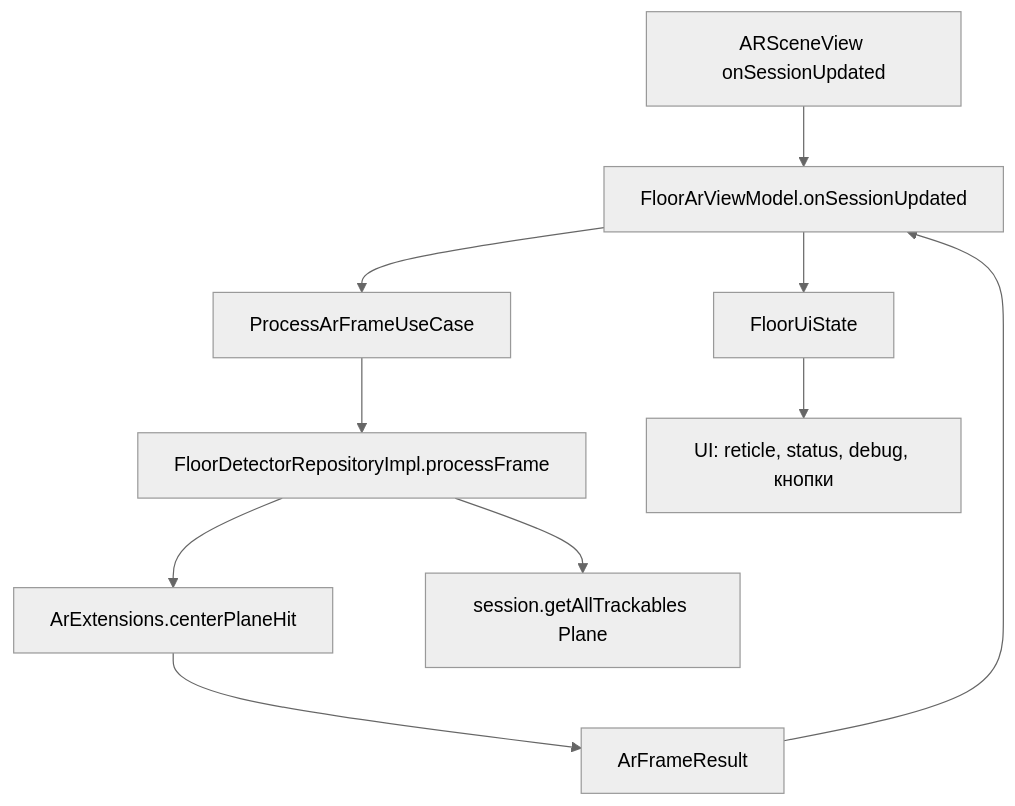
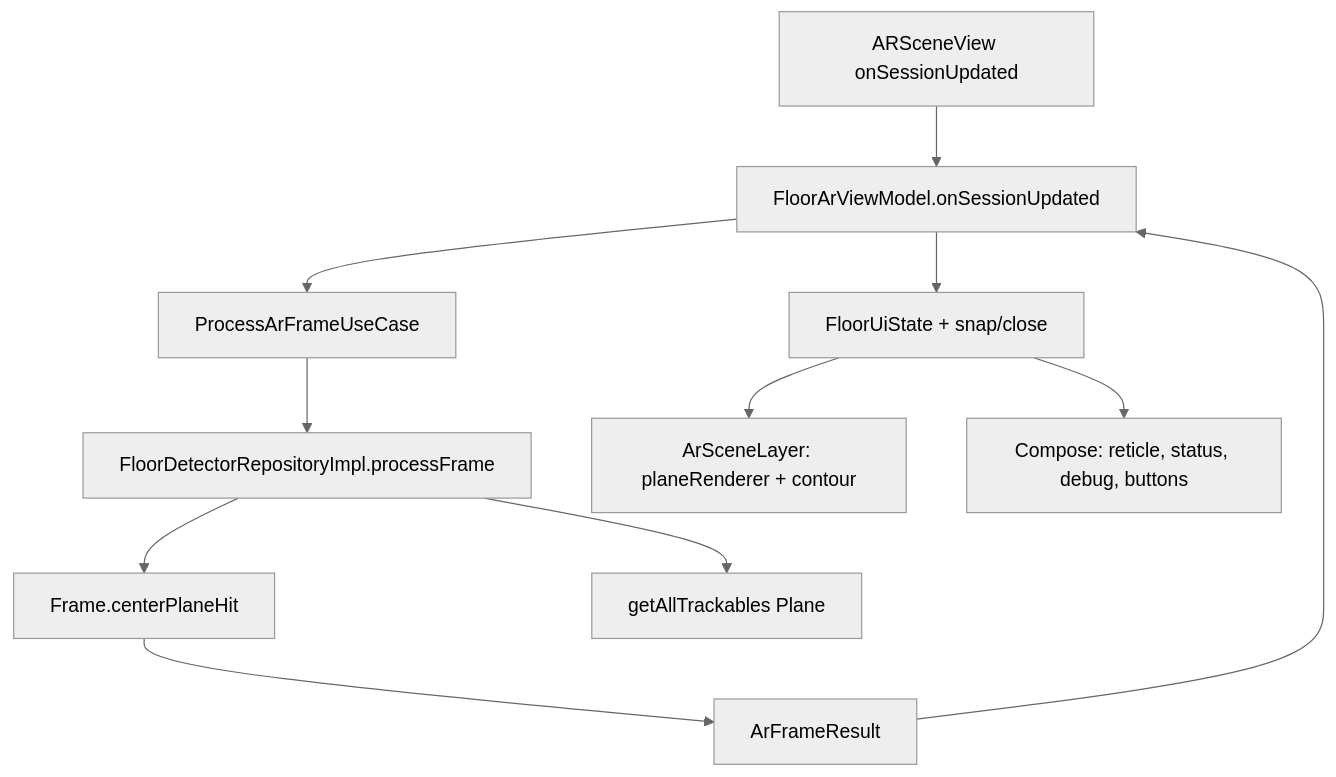
Before and after one commit to AlenniBoris/ARPlitochka: the first of 2 diagrams in docs/SURFACE_DETECTION.md, drawn with Mermaid (neutral theme). The commit also changed other lines of this file and 12 other files, not shown here.

First line of the commit message:
iOS: Ускорить plane dots, mesh renderer и документация поверхностей

````diff
--- a/docs/SURFACE_DETECTION.md
+++ b/docs/SURFACE_DETECTION.md
@@ -55,12 +139,13 @@
 ```mermaid
 flowchart TD
     A[ARSceneView onSessionUpdated] --> B[FloorArViewModel.onSessionUpdated]
     B --> C[ProcessArFrameUseCase]
     C --> D[FloorDetectorRepositoryImpl.processFrame]
-    D --> E[ArExtensions.centerPlaneHit]
-    D --> F[session.getAllTrackables Plane]
+    D --> E[Frame.centerPlaneHit]
+    D --> F[getAllTrackables Plane]
     E --> G[ArFrameResult]
     G --> B
-    B --> H[FloorUiState]
-    H --> I[UI: reticle, status, debug, кнопки]
+    B --> H[FloorUiState + snap/close]
+    H --> I[ArSceneLayer: planeRenderer + contour]
+    H --> J[Compose: reticle, status, debug, buttons]
 ```
````
